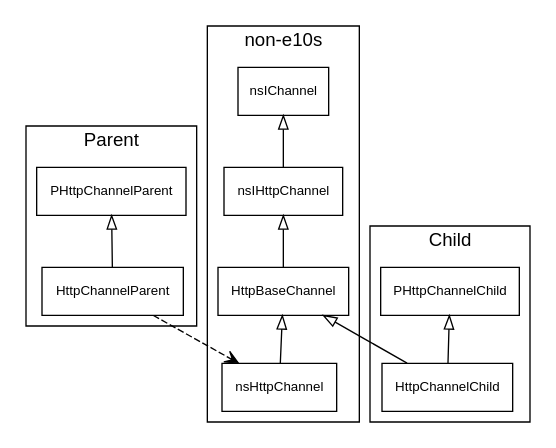
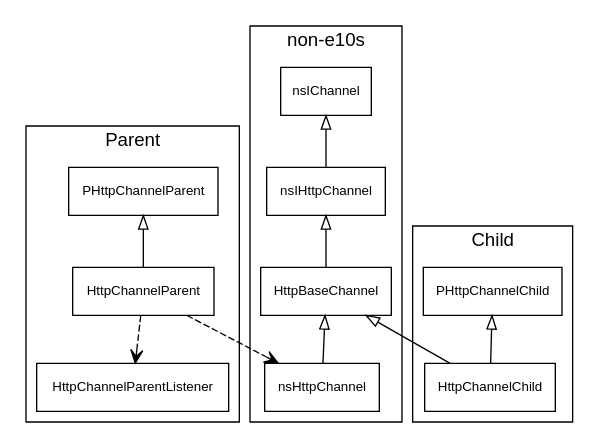
One commit to shawnjohnjr/asuth-gecko-notes changed the diagram in blogposts/2017-parent-intercept/dot-src/class-httpchannel-e10s.dot. Above: the diagram before and after it, drawn with Graphviz. The commit also changed 18 other files, not shown here.

Commit message:
checkpoint: attaching current sequence diagrams

```diff
--- a/blogposts/2017-parent-intercept/dot-src/class-httpchannel-e10s.dot
+++ b/blogposts/2017-parent-intercept/dot-src/class-httpchannel-e10s.dot
@@ -1,31 +1,33 @@
 digraph G {
-    rankdir = "TD";
-    fontname = "Sans-Serif";
+  rankdir = "TD";
+  fontname = "Sans-Serif";
+  splines = spline;
 
-    node [shape=box, fontname="Sans-Serif", fontsize=10];
-    edge[dir=back, arrowtail=empty]
+  node [shape=box, fontname="Sans-Serif", fontsize=10];
+  edge[dir=back, arrowtail=empty]
 
-	subgraph cluster_parent {
-	    label = "Parent";
-	    PHttpChannelParent -> HttpChannelParent;
-	}
+  subgraph cluster_parent {
+    label = "Parent";
+    PHttpChannelParent -> HttpChannelParent;
+    edge[dir=forward, style=dashed, arrowhead=open]
+    HttpChannelParent -> HttpChannelParentListener;
+  }
 
-	subgraph cluster_none10s {
-	    label = "non-e10s";
+  subgraph cluster_none10s {
+      label = "non-e10s";
 
-		nsIChannel -> nsIHttpChannel;
-		nsIHttpChannel -> HttpBaseChannel;
-		HttpBaseChannel -> nsHttpChannel;
-	}
+  nsIChannel -> nsIHttpChannel;
+  nsIHttpChannel -> HttpBaseChannel;
+  HttpBaseChannel -> nsHttpChannel;
+  }
 
-	subgraph cluster_child {
-	    label = "Child";
-	    PHttpChannelChild -> HttpChannelChild;
-	}
-	HttpBaseChannel -> HttpChannelChild;
+  subgraph cluster_child {
+    label = "Child";
+    PHttpChannelChild -> HttpChannelChild;
+  }
+  HttpBaseChannel -> HttpChannelChild;
 
-	edge[dir=forward, style=dashed, arrowhead=open]
+  edge[dir=forward, style=dashed, arrowhead=open]
 
-	HttpChannelParent -> nsHttpChannel;
-	#PHttpChannelChild -> PHttpChannelParent;
+  HttpChannelParent -> nsHttpChannel;
 }
```
